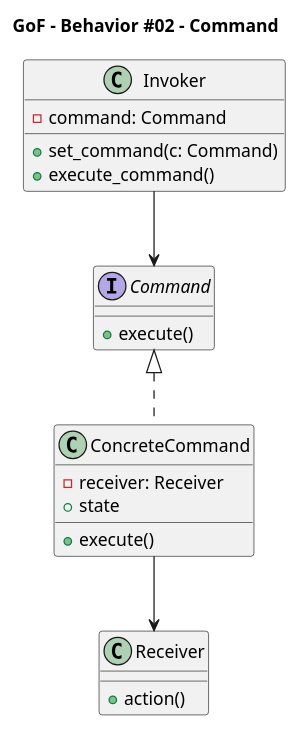
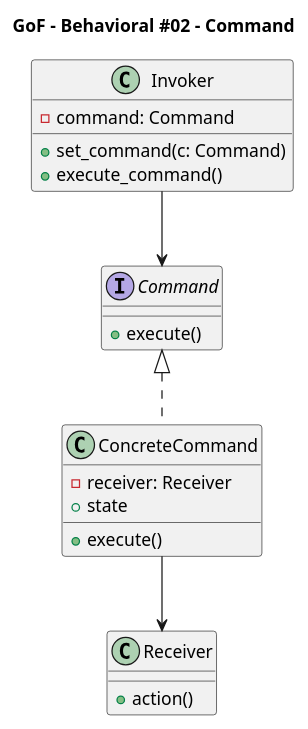
Before and after one commit to Takayoshi-Matsuyama/design_patterns: the diagram in GoF/GoF_be02_command.puml, drawn with PlantUML. The commit also changed 36 other files, not shown here.

Commit message:
GoF - Class Diagrams

```diff
--- a/GoF/GoF_be02_command.puml
+++ b/GoF/GoF_be02_command.puml
@@ -1,44 +1,44 @@
 @startuml gof_command
 
 'Copyright 2026 Takayoshi Matsuyama
 '
 'Licensed under the Apache License, Version 2.0 (the "License");
 'you may not use this file except in compliance with the License.
 'You may obtain a copy of the License at
 '
 '    http://www.apache.org/licenses/LICENSE-2.0
 '
 'Unless required by applicable law or agreed to in writing, software
 'distributed under the License is distributed on an "AS IS" BASIS,
 'WITHOUT WARRANTIES OR CONDITIONS OF ANY KIND, either express or implied.
 'See the License for the specific language governing permissions and
 'limitations under the License.
 
-title GoF - Behavior #02 - Command
+title GoF - Behavioral #02 - Command
 
 class Receiver {
     +action()
 }
 
 interface Command {
     +execute()
 }
 
 class ConcreteCommand {
     -receiver: Receiver
     +state
     +execute()
 }
 
 Command <|.. ConcreteCommand
 
 class Invoker {
     -command: Command
     +set_command(c: Command)
     +execute_command()
 }
 
 Invoker --> Command
 ConcreteCommand --> Receiver
 
 @enduml
```
